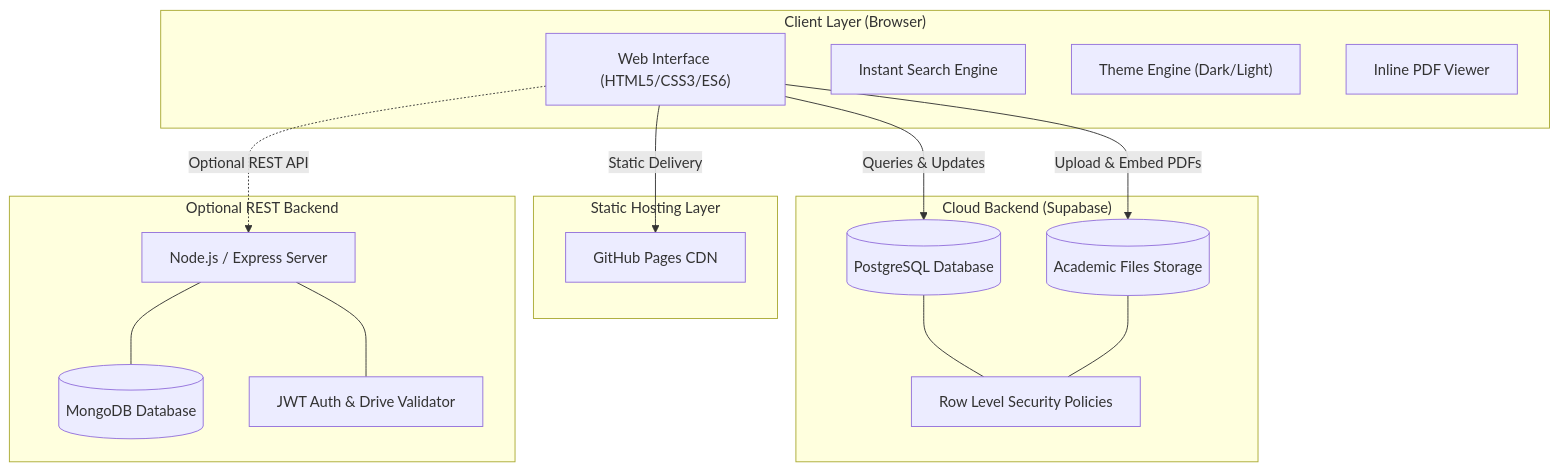
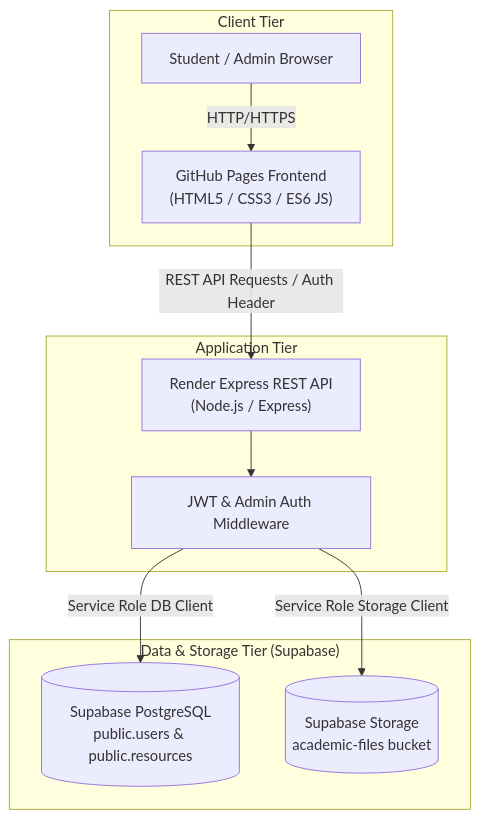
Before and after one commit to TodkarRohit/NW: the diagram in README.md, drawn with Mermaid. The commit also changed other lines of this file and 1 other file, not shown here.

````diff
--- a/README.md
+++ b/README.md
@@ -26,34 +98,23 @@
 ```mermaid
 graph TD
-    subgraph Client ["Client Layer (Browser)"]
-        UI["Web Interface (HTML5/CSS3/ES6)"]
-        Search["Instant Search Engine"]
-        Theme["Theme Engine (Dark/Light)"]
-        PDF["Inline PDF Viewer"]
+    subgraph Client ["Client Tier"]
+        Browser["Student / Admin Browser"]
+        GHP["GitHub Pages Frontend<br/>(HTML5 / CSS3 / ES6 JS)"]
     end
 
-    subgraph Hosting ["Static Hosting Layer"]
-        GHP["GitHub Pages CDN"]
+    subgraph Backend ["Application Tier"]
+        Render["Render Express REST API<br/>(Node.js / Express)"]
+        AuthMiddleware["JWT & Admin Auth Middleware"]
     end
 
-    subgraph Supabase ["Cloud Backend (Supabase)"]
-        DB[(PostgreSQL Database)]
-        Storage[(Academic Files Storage)]
-        RLS["Row Level Security Policies"]
+    subgraph Database ["Data & Storage Tier (Supabase)"]
+        Postgres[(Supabase PostgreSQL<br/>public.users & public.resources)]
+        Storage[(Supabase Storage<br/>academic-files bucket)]
     end
 
-    subgraph NodeBackend ["Optional REST Backend"]
-        Express["Node.js / Express Server"]
-        MongoDB[(MongoDB Database)]
-        JWT["JWT Auth & Drive Validator"]
-    end
-
-    UI -->|Static Delivery| GHP
-    UI -->|Queries & Updates| DB
-    UI -->|Upload & Embed PDFs| Storage
-    DB --- RLS
-    Storage --- RLS
-    UI -.->|Optional REST API| Express
-    Express --- MongoDB
-    Express --- JWT
+    Browser -->|HTTP/HTTPS| GHP
+    GHP -->|REST API Requests / Auth Header| Render
+    Render --> AuthMiddleware
+    AuthMiddleware -->|Service Role DB Client| Postgres
+    AuthMiddleware -->|Service Role Storage Client| Storage
 ```
````
